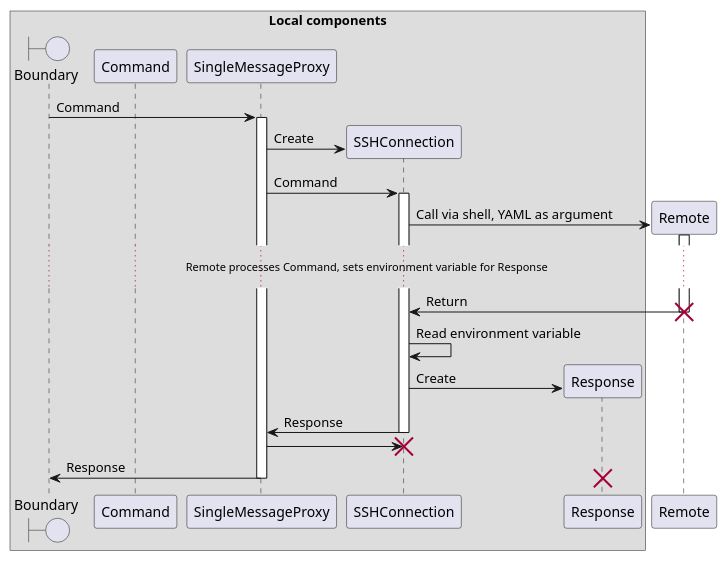
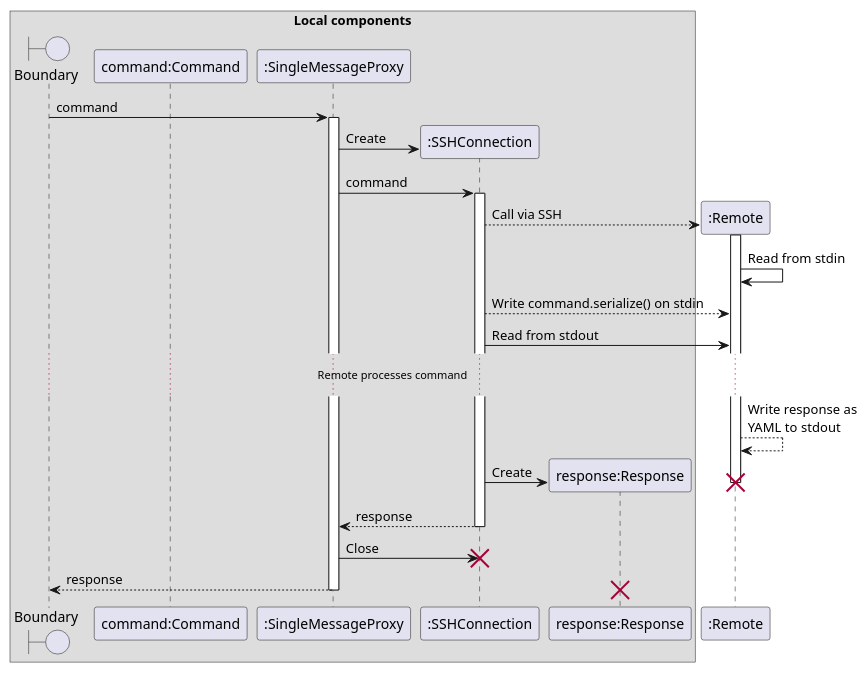
One commit to DistributedTaskScheduling/documentation changed the diagram in design/sequence/proxy-one-message.puml. Above: the diagram before and after it, drawn with PlantUML. The commit also changed 2 other files, not shown here.

Commit message:
fixup! Revised proxy sequence diagrams: MessageHandler, envornment variables

```diff
--- a/design/sequence/proxy-one-message.puml
+++ b/design/sequence/proxy-one-message.puml
@@ -1,27 +1,30 @@
 @startuml
 
 box "Local components"
     boundary Boundary
-    participant Command
-    participant SingleMessageProxy as Proxy
-    participant SSHConnection
-    participant Response
+    participant "command:Command" as Command
+    participant ":SingleMessageProxy" as Proxy
+    participant ":SSHConnection" as SSHConnection
+    participant "response:Response" as Response
 end box
+participant ":Remote" as Remote
 
-Boundary -> Proxy ++ : Command
+Boundary -> Proxy ++ : command
 Proxy -> SSHConnection ** : Create
-Proxy -> SSHConnection ++ : Command
-SSHConnection -> Remote ** : Call via shell, YAML as argument
+Proxy -> SSHConnection ++ : command
+SSHConnection --> Remote ** : Call via SSH
 activate Remote
-... Remote processes Command, sets environment variable for Response ...
-SSHConnection <- Remote -- : Return
+Remote -> Remote : Read from stdin
+SSHConnection --> Remote : Write command.serialize() on stdin
+SSHConnection -> Remote : Read from stdout
+... Remote processes command ...
+Remote --> Remote : Write response as \nYAML to stdout
+SSHConnection -> Response ** : Create
 destroy Remote
-SSHConnection -> SSHConnection: Read environment variable
-SSHConnection -> Response ** : Create
-Proxy <- SSHConnection -- : Response
-Proxy -> SSHConnection !!
-Boundary <- Proxy -- : Response
+Proxy <-- SSHConnection -- : response
+Proxy -> SSHConnection !! : Close
+Boundary <-- Proxy -- : response
 
 destroy Response
 
 @enduml
```
